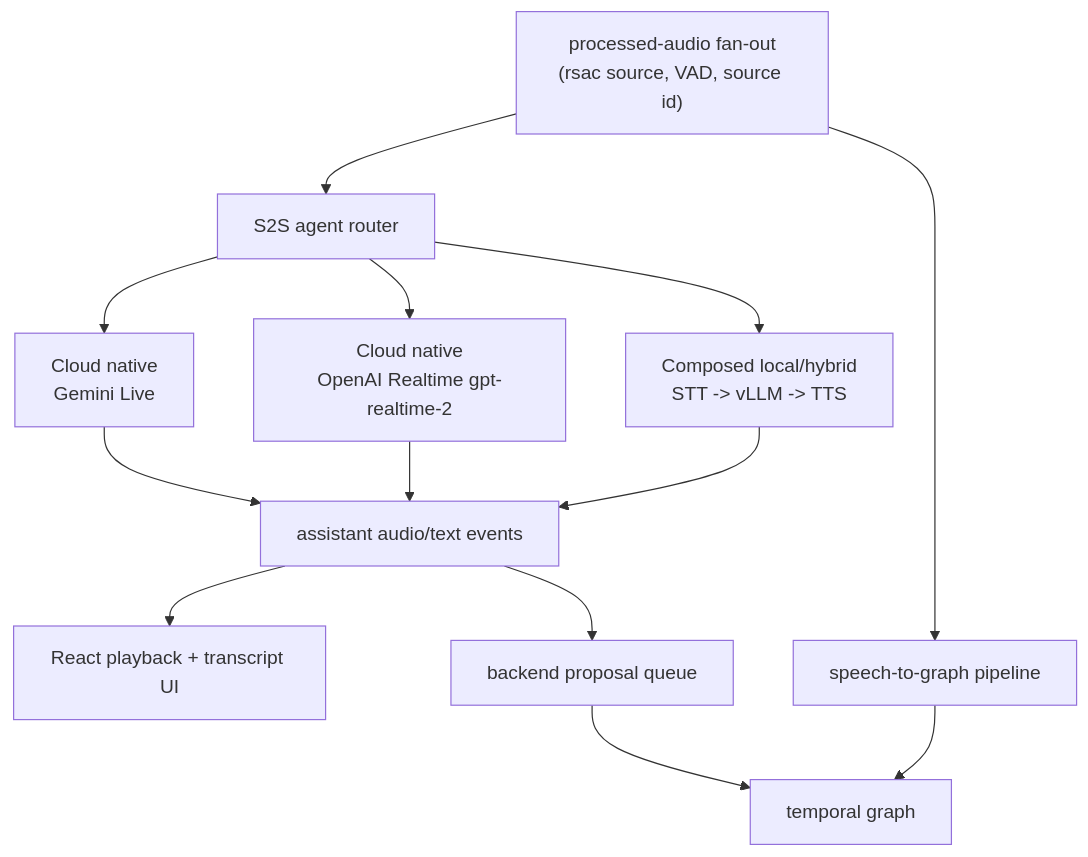
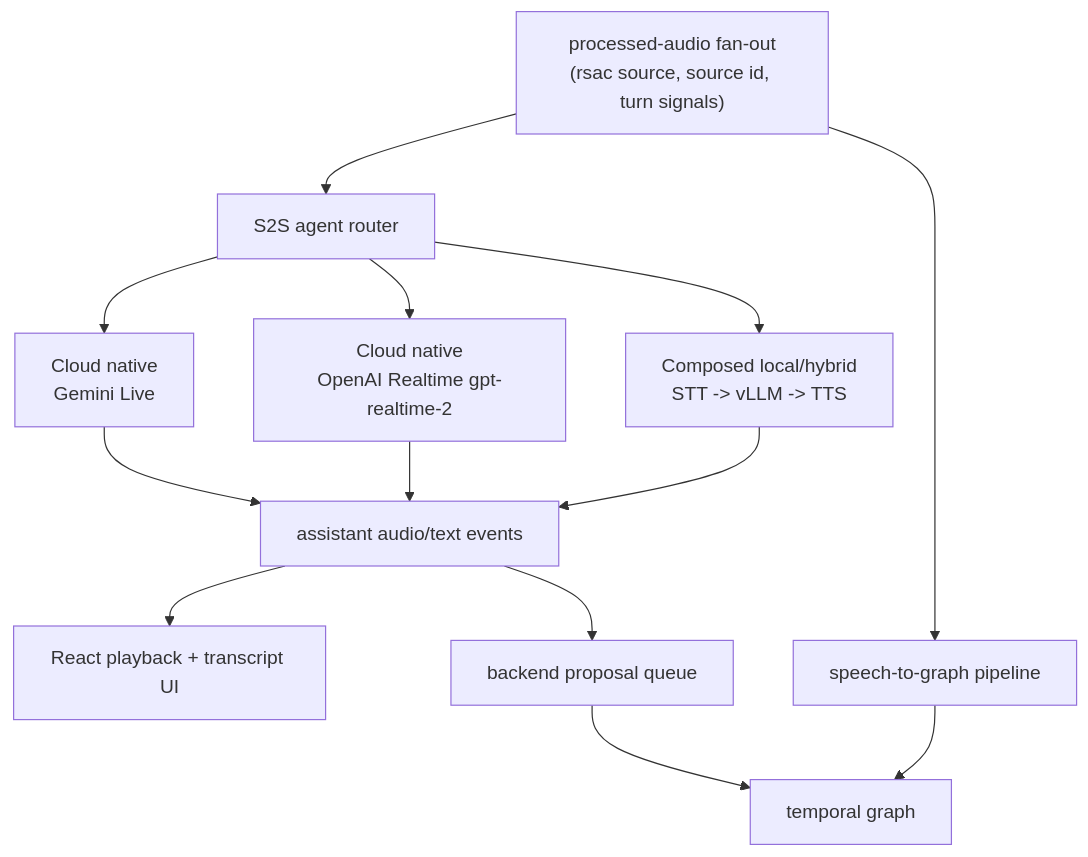
The first of 2 diagrams in docs/adr/0003-speech-to-speech-agent-provider-matrix.md (Codeseys-Labs/audio-graph), drawn with Mermaid before and after one commit. The commit also changed other lines of this file and 38 other files, not shown here.

````diff
--- a/docs/adr/0003-speech-to-speech-agent-provider-matrix.md
+++ b/docs/adr/0003-speech-to-speech-agent-provider-matrix.md
@@ -37,19 +37,19 @@
 ```mermaid
 flowchart TD
-    BUS["processed-audio fan-out<br/>(rsac source, VAD, source id)"] --> ROUTER["S2S agent router"]
+    BUS["processed-audio fan-out<br/>(rsac source, source id, turn signals)"] --> ROUTER["S2S agent router"]
 
     ROUTER --> GEMINI["Cloud native<br/>Gemini Live"]
     ROUTER --> OPENAI["Cloud native<br/>OpenAI Realtime gpt-realtime-2"]
     ROUTER --> LOCAL["Composed local/hybrid<br/>STT -> vLLM -> TTS"]
 
     GEMINI --> OUT["assistant audio/text events"]
     OPENAI --> OUT
     LOCAL --> OUT
 
     OUT --> PLAYER["React playback + transcript UI"]
     OUT --> PROPOSALS["backend proposal queue"]
     PROPOSALS --> GRAPH["temporal graph"]
 
     BUS --> MEMORY["speech-to-graph pipeline"]
     MEMORY --> GRAPH
 ```
````
